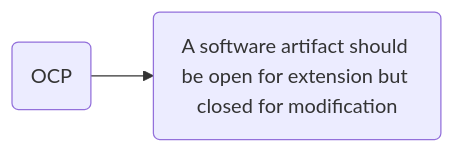
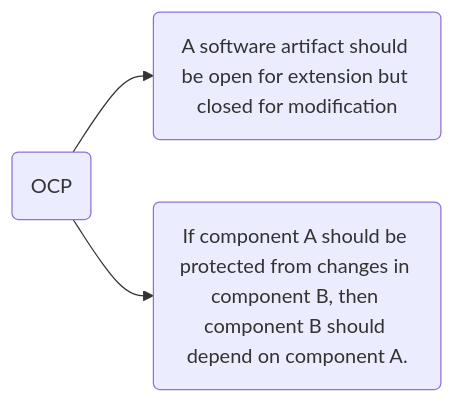
Before and after one commit to xuonlyone/reading-minutes: the ninth of 11 diagrams in Clean Architecture.md, drawn with Mermaid. The commit also changed other lines of this file and 1 other file, not shown here.

````diff
--- a/Clean Architecture.md
+++ b/Clean Architecture.md
@@ -205,5 +205,6 @@
-```Mermaid
-graph LR
+```mermaid
+flowchart LR
   Ch0(OCP) --> Ch1(A software artifact should be open for extension but closed for modification)
-  
+  Ch0 --> Ch2(If component A should be protected from changes in component B, then component B should depend on component A.)
+
 ```
````
